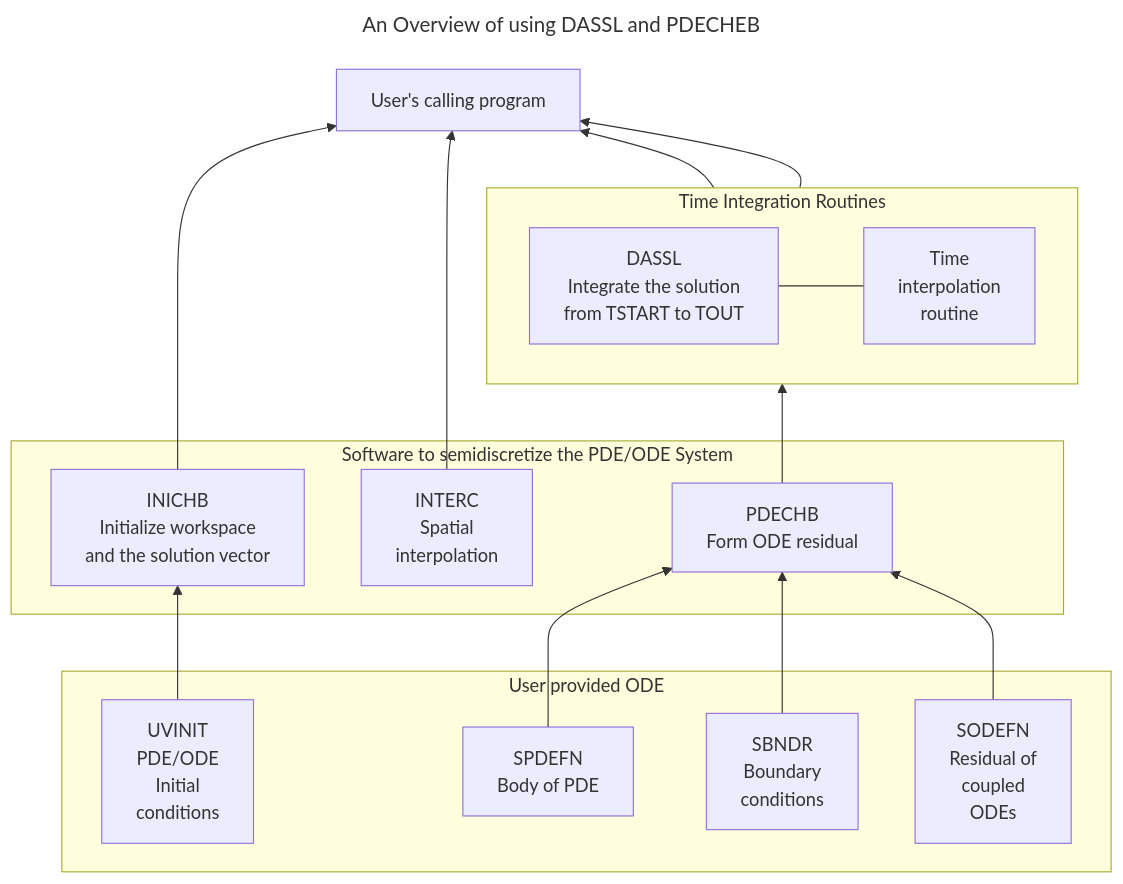
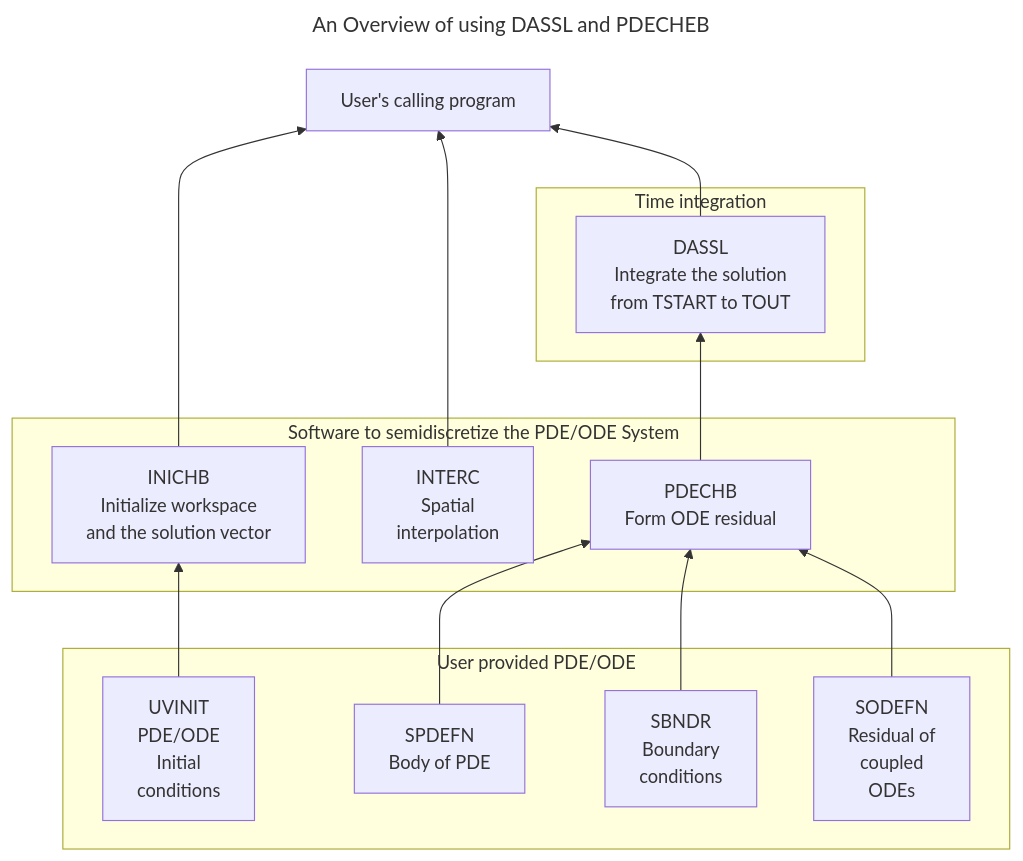
Before and after one commit to ivan-pi/pdecheb: the first of 2 diagrams in README.md, drawn with Mermaid. The commit also changed other lines of this file, not shown here.

````diff
--- a/README.md
+++ b/README.md
@@ -1,38 +1,34 @@
 ```mermaid
 ---
 title: An Overview of using DASSL and PDECHEB
 ---
 flowchart BT
 
-    subgraph L4[User provided ODE]
+    subgraph L4[User provided PDE/ODE]
         l4_1[UVINIT\nPDE/ODE\nInitial\nconditions]
         l4_2[SPDEFN\nBody of PDE]
         l4_3[SBNDR\nBoundary\nconditions]
         l4_4[SODEFN\nResidual of\ncoupled\nODEs]
     end
 
     subgraph L3["Software to semidiscretize the PDE/ODE System"]
         l3_1[INICHB\nInitialize workspace\nand the solution vector]
         l3_2[PDECHB\nForm ODE residual]
         l3_3[INTERC\nSpatial\ninterpolation]
     end
     l4_1-->l3_1
     l4_2-->l3_2
     l4_3-->l3_2
     l4_4-->l3_2
 
-    subgraph L2 ["Time Integration Routines"]
-        direction RL
+    subgraph L2[Time integration]
         l2_1[DASSL\nIntegrate the solution\nfrom TSTART to TOUT]
-        l2_2[Time\ninterpolation\nroutine]
-        l2_2---l2_1
     end
     l3_2-->l2_1
 
     L1[User's calling program]
     
     l3_1-->L1
     l3_3-->L1
     l2_1-->L1
-    l2_2-->L1
 ```
````
